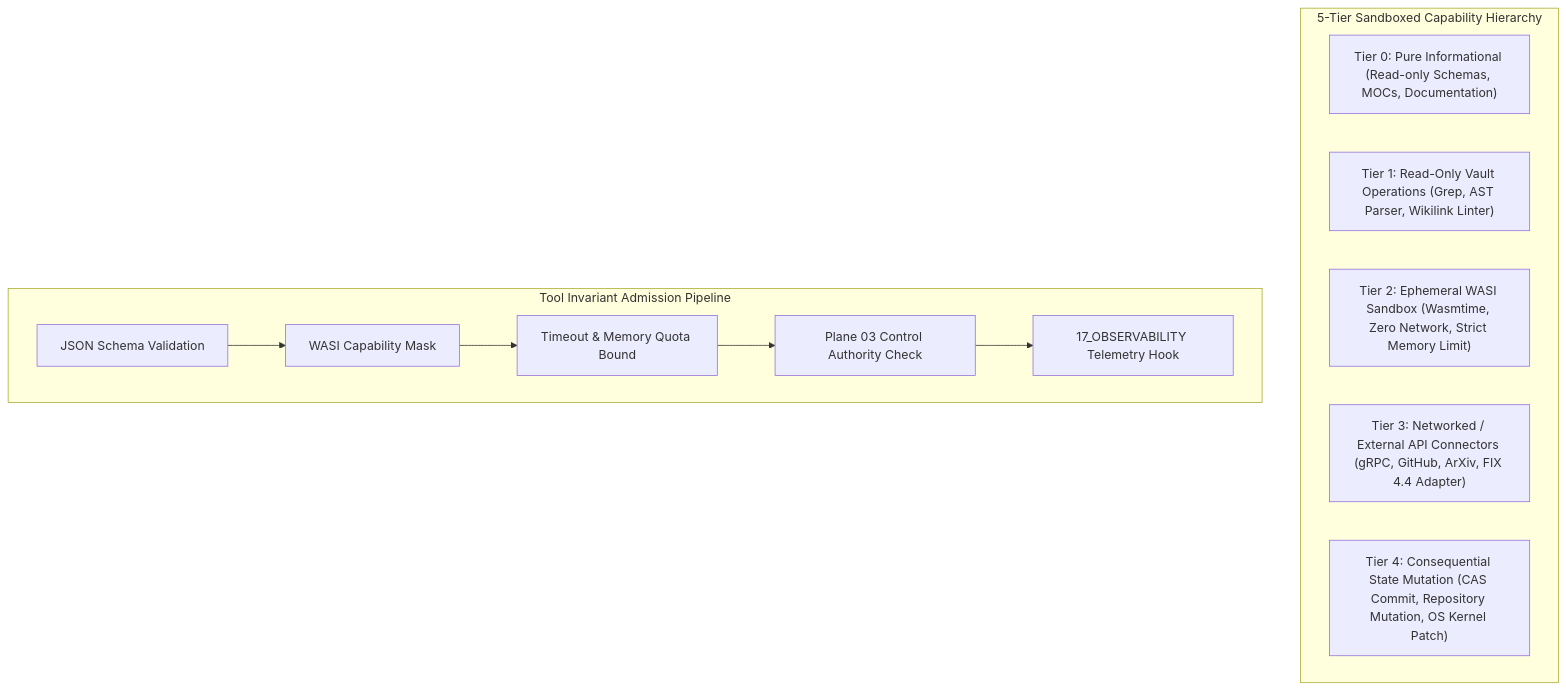
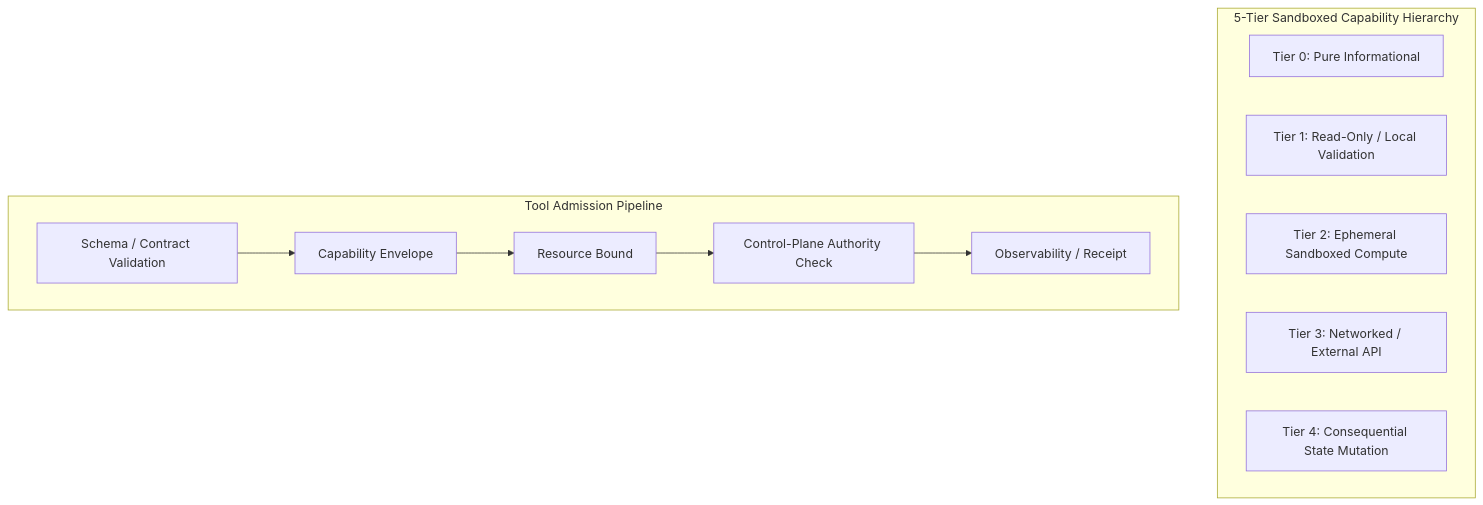
Before and after one commit to trangyp/AMOS-OS: the diagram in 14_TOOLS/TOOL_REGISTRY_MASTER.md, drawn with Mermaid. The commit also changed other lines of this file, not shown here.

Commit message:
Register trace transport verifier and repair tool registry evidence claims

````diff
--- a/14_TOOLS/TOOL_REGISTRY_MASTER.md
+++ b/14_TOOLS/TOOL_REGISTRY_MASTER.md
@@ -38,17 +38,16 @@
 ```mermaid
 graph TD
     subgraph SecurityTiers ["5-Tier Sandboxed Capability Hierarchy"]
-        T0["Tier 0: Pure Informational (Read-only Schemas, MOCs, Documentation)"]
-        T1["Tier 1: Read-Only Vault Operations (Grep, AST Parser, Wikilink Linter)"]
-        T2["Tier 2: Ephemeral WASI Sandbox (Wasmtime, Zero Network, Strict Memory Limit)"]
-        T3["Tier 3: Networked / External API Connectors (gRPC, GitHub, ArXiv, FIX 4.4 Adapter)"]
-        T4["Tier 4: Consequential State Mutation (CAS Commit, Repository Mutation, OS Kernel Patch)"]
+        T0["Tier 0: Pure Informational"]
+        T1["Tier 1: Read-Only / Local Validation"]
+        T2["Tier 2: Ephemeral Sandboxed Compute"]
+        T3["Tier 3: Networked / External API"]
+        T4["Tier 4: Consequential State Mutation"]
     end
-
-    subgraph AdmissionGates ["Tool Invariant Admission Pipeline"]
-        VAL["JSON Schema Validation"] --> CAPS["WASI Capability Mask"]
-        CAPS --> TIME["Timeout & Memory Quota Bound"]
-        TIME --> AUTH["Plane 03 Control Authority Check"]
-        AUTH --> TELE["17_OBSERVABILITY Telemetry Hook"]
+    subgraph AdmissionGates ["Tool Admission Pipeline"]
+        VAL["Schema / Contract Validation"] --> CAPS["Capability Envelope"]
+        CAPS --> TIME["Resource Bound"]
+        TIME --> AUTH["Control-Plane Authority Check"]
+        AUTH --> TELE["Observability / Receipt"]
     end
 ```
````
